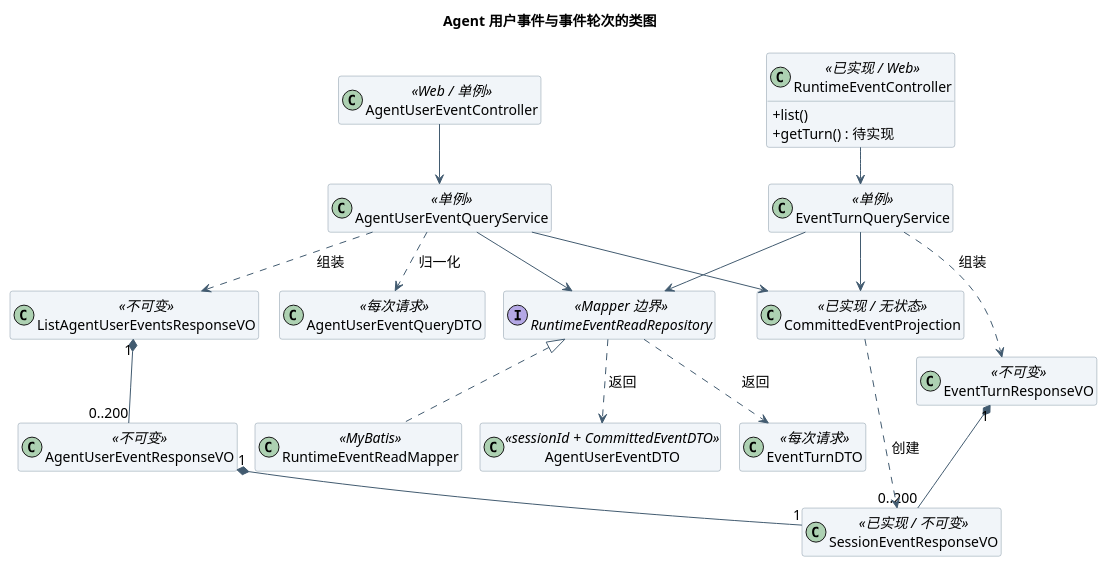
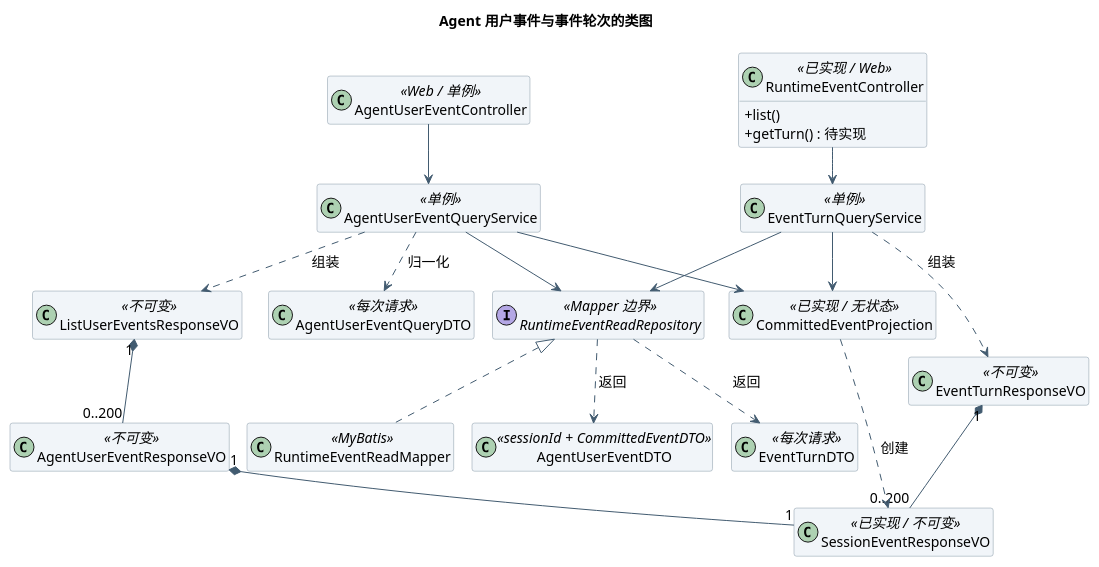
One commit to ssm0808/pi-mono-java-design changed the third of 3 diagrams in 01-总体架构/01-CampusClaw多Agent运行时/设计图/Agent用户事件查询/diagram.puml. Above: the diagram before and after it, drawn with PlantUML. The commit also changed 3 other files, not shown here.

First line of the commit message:
UC1 操作名改为 ListUserEvents

```diff
--- a/01-总体架构/01-CampusClaw多Agent运行时/设计图/Agent用户事件查询/diagram.puml
+++ b/01-总体架构/01-CampusClaw多Agent运行时/设计图/Agent用户事件查询/diagram.puml
@@ -103,53 +103,53 @@
 @startuml agent_user_events_classes
 ' 源码证据：pi-mono-java main 769e86592285f4a25b0febaf551eddea6bc7212c
 ' modules/coding-agent-cli/src/main/java/com/campusclaw/codingagent/runtimeapi/
 ' web/RuntimeEventController.java; event/CommittedEventQueryService.java
 ' event/CommittedEventProjection.java; persistence/MyBatisRuntimeSessionRepository.java:findEventPage
 ' vo/ListSessionEventsResponseVO.java; vo/SessionEventResponseVO.java
 ' 已观察行为：同一个无状态投影同时服务 GET 历史和 POST SSE 帧。
 ' 设计原因：新读取复用该投影；DTO 留在 Service 之下，VO 留在 Controller 层。
 !pragma layout smetana
 skinparam backgroundColor white
 skinparam defaultFontName SansSerif
 skinparam defaultFontSize 14
 skinparam shadowing false
 skinparam classAttributeIconSize 0
 skinparam ArrowColor #425B70
 skinparam classBackgroundColor #F1F5F9
 skinparam classBorderColor #8496A4
 hide empty members
 title Agent 用户事件与事件轮次的类图
 class "AgentUserEventController" as AgentWeb <<Web / 单例>>
 class "RuntimeEventController" as SessionWeb <<已实现 / Web>> {
   +list()
   +getTurn() : 待实现
 }
 class "AgentUserEventQueryService" as AgentSvc <<单例>>
 class "EventTurnQueryService" as TurnSvc <<单例>>
 class "CommittedEventProjection" as Projection <<已实现 / 无状态>>
 interface "RuntimeEventReadRepository" as Repo <<Mapper 边界>>
 class "RuntimeEventReadMapper" as Mapper <<MyBatis>>
 class "AgentUserEventQueryDTO" as QueryDTO <<每次请求>>
 class "AgentUserEventDTO" as ItemDTO <<sessionId + CommittedEventDTO>>
 class "EventTurnDTO" as TurnDTO <<每次请求>>
-class "ListAgentUserEventsResponseVO" as ListVO <<不可变>>
+class "ListUserEventsResponseVO" as ListVO <<不可变>>
 class "AgentUserEventResponseVO" as ItemVO <<不可变>>
 class "EventTurnResponseVO" as TurnVO <<不可变>>
 class "SessionEventResponseVO" as EventVO <<已实现 / 不可变>>
 AgentWeb --> AgentSvc
 SessionWeb --> TurnSvc
 AgentSvc --> Repo
 TurnSvc --> Repo
 AgentSvc --> Projection
 TurnSvc --> Projection
 Repo <|.. Mapper
 AgentSvc ..> QueryDTO : 归一化
 Repo ..> ItemDTO : 返回
 Repo ..> TurnDTO : 返回
 AgentSvc ..> ListVO : 组装
 TurnSvc ..> TurnVO : 组装
 ListVO "1" *-- "0..200" ItemVO
 ItemVO "1" *-- "1" EventVO
 TurnVO "1" *-- "0..200" EventVO
 Projection ..> EventVO : 创建
 @enduml
```
